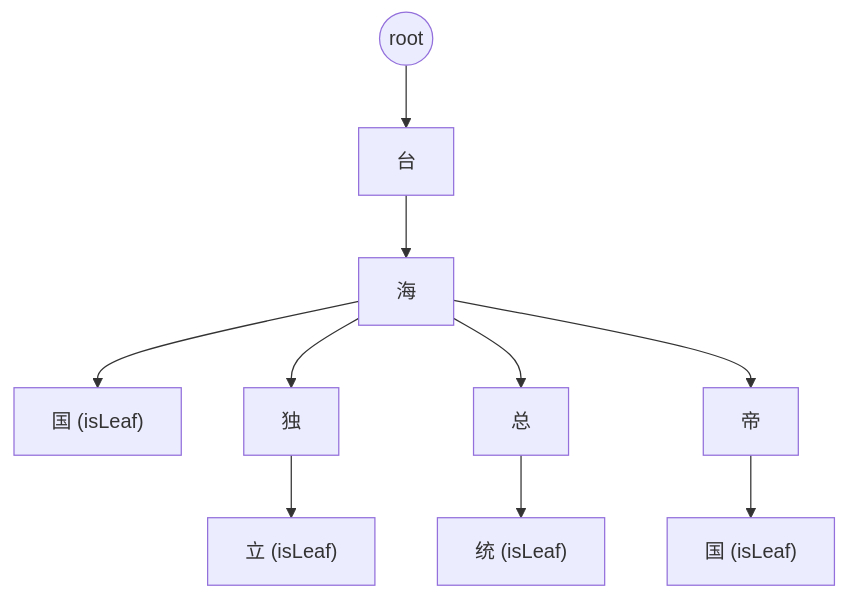
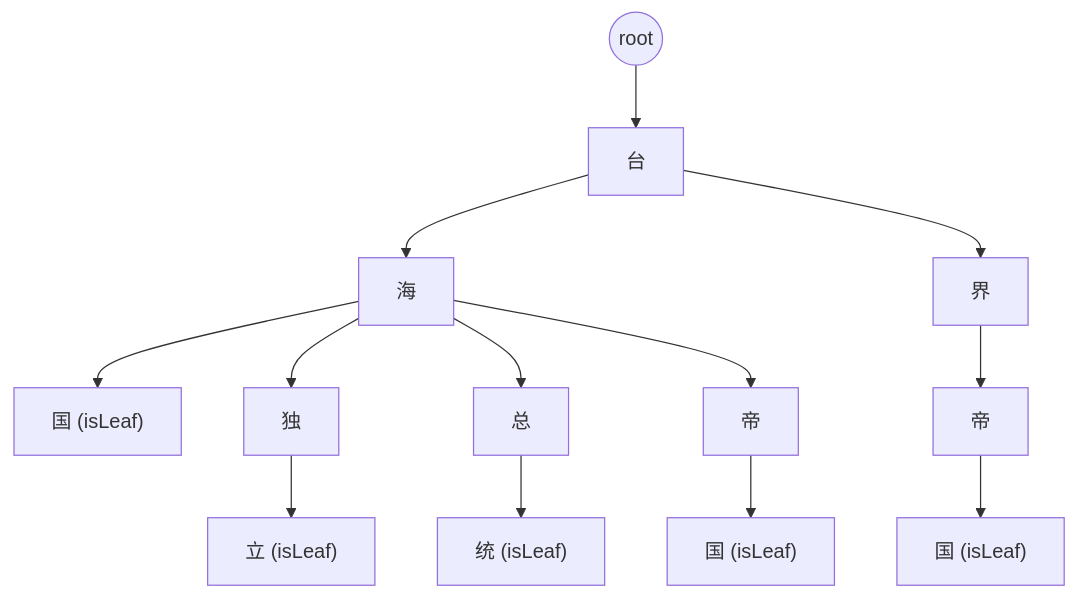
One commit to zmexing/go-sensitive-word changed the second of 2 diagrams in docs/dfa.md. Above: the diagram before and after it, drawn with Mermaid. The commit also changed other lines of this file, not shown here.

````diff
--- a/docs/dfa.md
+++ b/docs/dfa.md
@@ -38,14 +38,18 @@
 ```mermaid
 graph TD
     Root((root))
     Root --> 台["台"]
+
     台 --> 海["海"]
+    海 --> 海国["国 (isLeaf)"]           
+    海 --> 海独["独"]
+    海独 --> 海独立["立 (isLeaf)"]        
+    海 --> 海总["总"]
+    海总 --> 海总统["统 (isLeaf)"]        
+    海 --> 海帝["帝"]
+    海帝 --> 海帝国["国 (isLeaf)"]        
 
-    海 --> 海国["国 (isLeaf)"]       
-    海 --> 海独["独"]                        
-    海独 --> 海独立["立 (isLeaf)"]         
-    海 --> 海总["总"]                        
-    海总 --> 海总统["统 (isLeaf)"]         
-    海 --> 海帝["帝"]                        
-    海帝 --> 海帝国["国 (isLeaf)"]         
+    台 --> 界["界"]
+    界 --> 界帝["帝"]
+    界帝 --> 界帝国["国 (isLeaf)"]             
 ```
````
